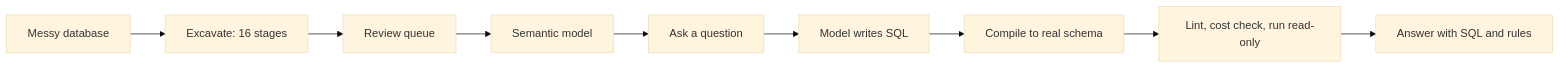
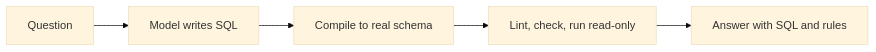
One commit to waleed-w-maqbool-m/stratum changed the second of 2 diagrams in README.md. Above: the diagram before and after it, drawn with Mermaid (base theme). The commit also changed other lines of this file, not shown here.

Commit message:
Revise flowchart for question answering process
Updated flowchart to improve clarity on the process of answering questions.

````diff
--- a/README.md
+++ b/README.md
@@ -74,11 +85,7 @@
 ```mermaid
 flowchart LR
-    A["Messy database"] --> B["Excavate: 16 stages"]
-    B --> C["Review queue"]
-    C --> D["Semantic model"]
-    D --> E["Ask a question"]
-    E --> F["Model writes SQL"]
+    E["Question"] --> F["Model writes SQL"]
     F --> G["Compile to real schema"]
-    G --> H["Lint, cost check, run read-only"]
+    G --> H["Lint, check, run read-only"]
     H --> I["Answer with SQL and rules"]
 ```
````
